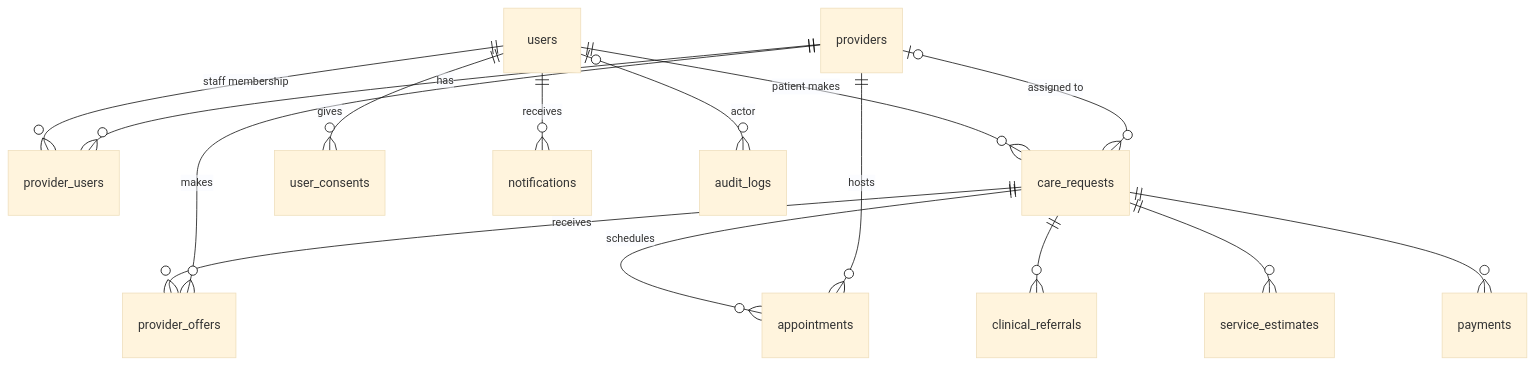
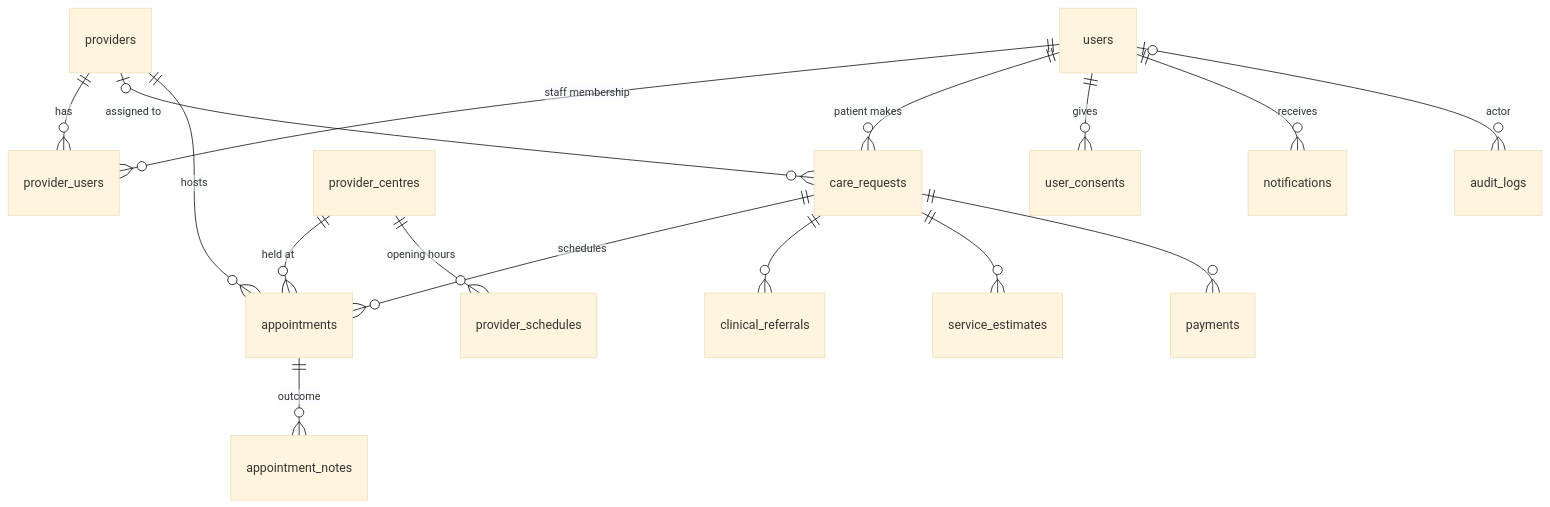
The first of 3 diagrams in docs/data-model.md (Ghosted34/CAREBRIDGE), drawn with Mermaid (base theme) before and after one commit. The commit also changed other lines of this file and 110 other files, not shown here.

First line of the commit message:
feat: realign MVP flow to simplify patient booking process (#5)

````diff
--- a/docs/data-model.md
+++ b/docs/data-model.md
@@ -8,17 +8,18 @@
 ```mermaid
 erDiagram
   users ||--o{ provider_users : "staff membership"
   providers ||--o{ provider_users : has
   users ||--o{ care_requests : "patient makes"
   providers |o--o{ care_requests : "assigned to"
-  care_requests ||--o{ provider_offers : receives
-  providers ||--o{ provider_offers : makes
   care_requests ||--o{ appointments : schedules
+  provider_centres ||--o{ appointments : "held at"
+  provider_centres ||--o{ provider_schedules : "opening hours"
+  appointments ||--o{ appointment_notes : "outcome"
   providers ||--o{ appointments : hosts
   care_requests ||--o{ clinical_referrals : ""
   care_requests ||--o{ service_estimates : ""
   care_requests ||--o{ payments : ""
   users ||--o{ user_consents : gives
   users ||--o{ notifications : receives
   users |o--o{ audit_logs : "actor"
 ```
````
